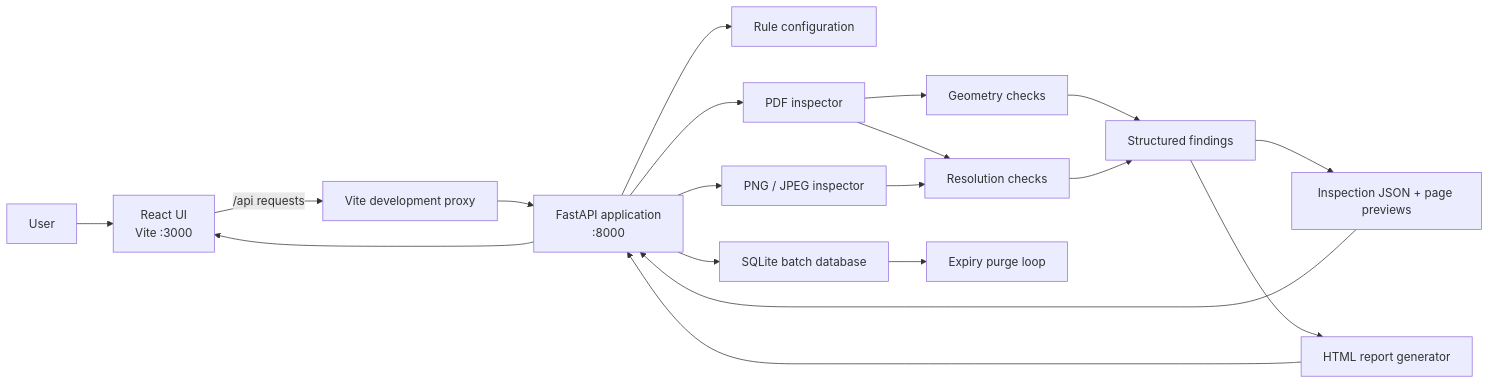
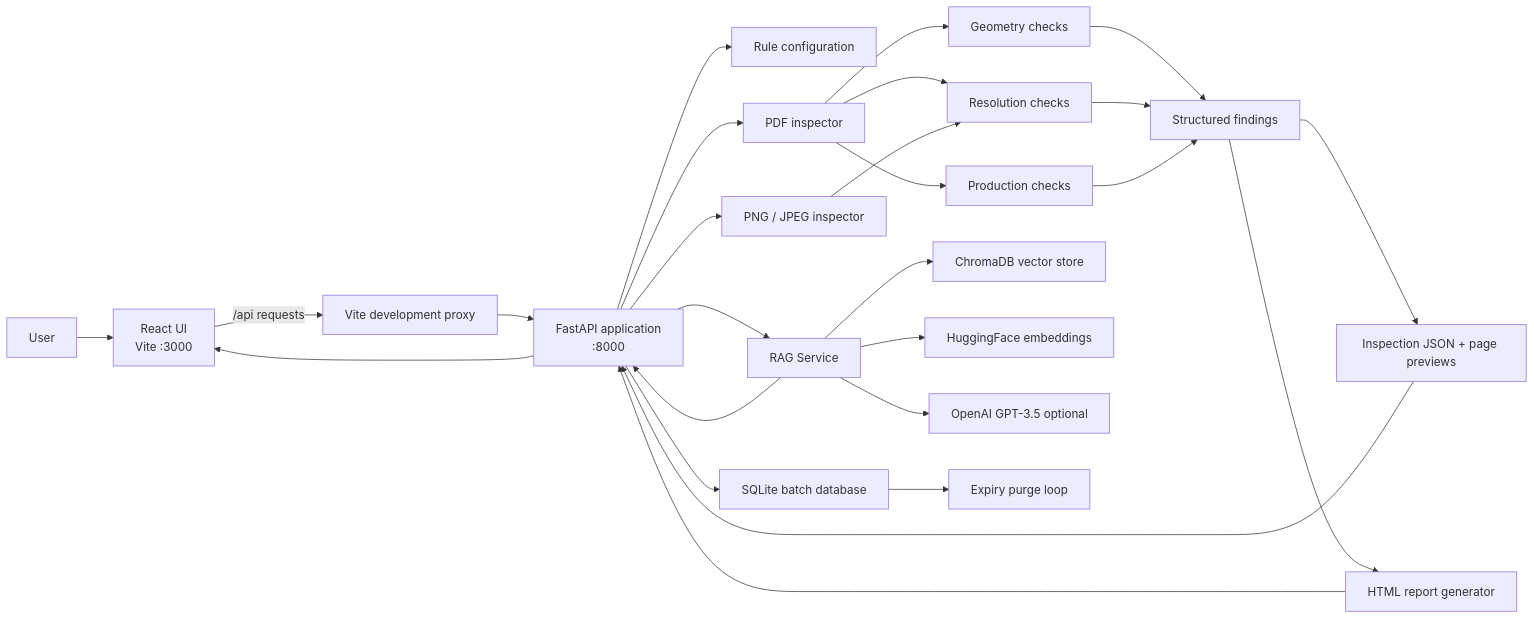
Before and after one commit to Manoj-Barki/Esko: the second of 3 diagrams in README.md, drawn with Mermaid. The commit also changed other lines of this file, not shown here.

First line of the commit message:
docs: Update README with AI/RAG features and production checks

````diff
--- a/README.md
+++ b/README.md
@@ -53,21 +70,28 @@
 ```mermaid
 flowchart LR
     U[User] --> UI[React UI<br/>Vite :3000]
     UI -->|/api requests| VP[Vite development proxy]
     VP --> API[FastAPI application<br/>:8000]
     API --> CFG[Rule configuration]
     API --> PDF[PDF inspector]
     API --> IMG[PNG / JPEG inspector]
     PDF --> GEO[Geometry checks]
     PDF --> RES[Resolution checks]
+    PDF --> PROD[Production checks]
     IMG --> RES
     GEO --> FIND[Structured findings]
     RES --> FIND
+    PROD --> FIND
     FIND --> STORE[Inspection JSON + page previews]
     FIND --> REPORT[HTML report generator]
     API --> DB[SQLite batch database]
+    API --> RAG[RAG Service]
+    RAG --> VDB[ChromaDB vector store]
+    RAG --> EMB[HuggingFace embeddings]
+    RAG --> LLM[OpenAI GPT-3.5 optional]
     DB --> PURGE[Expiry purge loop]
     STORE --> API
     REPORT --> API
+    RAG --> API
     API --> UI
 ```
````
